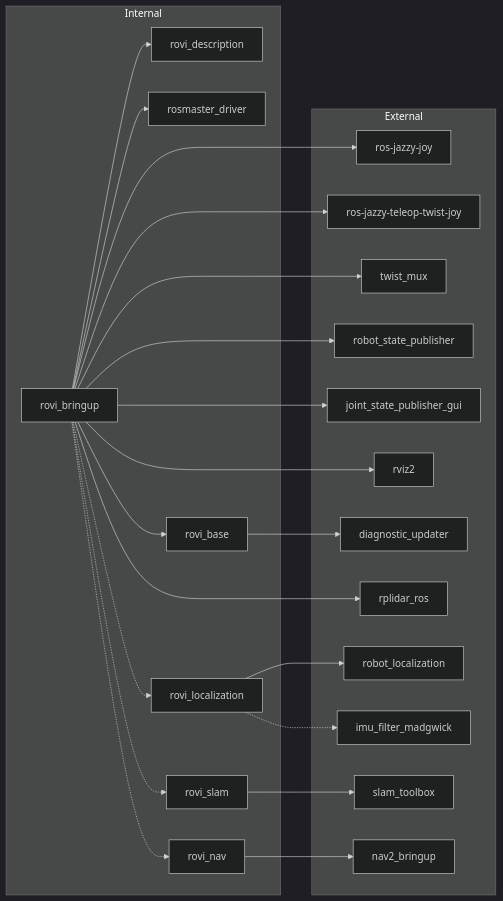
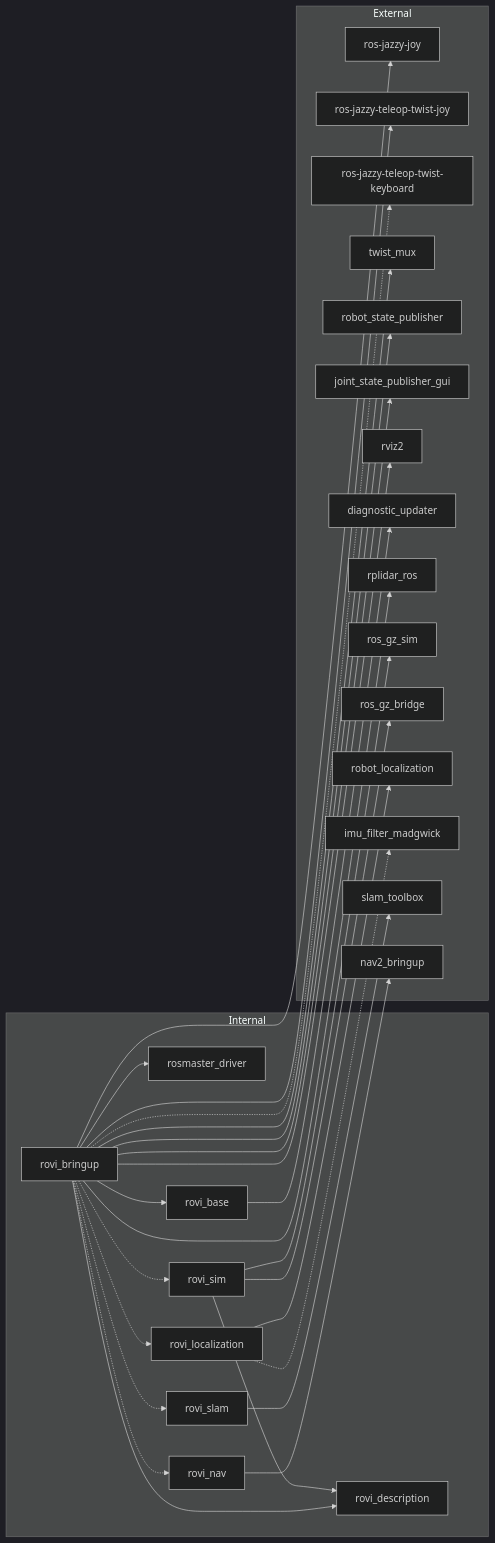
Before and after one commit to Roblibs/rovi_ros_ws: diagram 12 of 12 in README.md, drawn with Mermaid (dark theme). The commit also changed other lines of this file, not shown here.

Commit message:
planing sim robot unification

````diff
--- a/README.md
+++ b/README.md
@@ -503,48 +595,58 @@
 ```mermaid
 flowchart LR
   subgraph Internal
     RoviBringup[rovi_bringup]
+    RoviSim[rovi_sim]
     RoviDesc[rovi_description]
     Rosmaster[rosmaster_driver]
     RoviBase[rovi_base]
     RoviLoc[rovi_localization]
     RoviSlam[rovi_slam]
     RoviNav[rovi_nav]
   end
 
   subgraph External
     Joy[ros-jazzy-joy]
     Teleop[ros-jazzy-teleop-twist-joy]
+    TeleopKey[ros-jazzy-teleop-twist-keyboard]
     TwistMux[twist_mux]
     RSP[robot_state_publisher]
     JSPG[joint_state_publisher_gui]
     RVIZ[rviz2]
     Diag[diagnostic_updater]
     RPLidar[rplidar_ros]
+    RosGzSim[ros_gz_sim]
+    RosGzBridge[ros_gz_bridge]
     EKF[robot_localization]
     ImuFilter[imu_filter_madgwick]
     SlamToolbox[slam_toolbox]
     Nav2[nav2_bringup]
   end
 
   RoviBringup --> RoviDesc
   RoviBringup --> Rosmaster
   RoviBringup --> RoviBase
   RoviBringup -.-> RoviLoc
   RoviBringup -.-> RoviSlam
   RoviBringup -.-> RoviNav
+  RoviBringup -.-> RoviSim
   RoviBringup --> Joy
   RoviBringup --> Teleop
+  RoviBringup -.-> TeleopKey
   RoviBringup --> TwistMux
   RoviBringup --> RSP
   RoviBringup --> JSPG
   RoviBringup --> RVIZ
   RoviBringup --> RPLidar
 
   RoviBase --> Diag
 
   RoviLoc --> EKF
   RoviLoc -.-> ImuFilter
   RoviSlam --> SlamToolbox
   RoviNav --> Nav2
+
+  RoviSim --> RoviDesc
+  RoviSim --> RosGzSim
+  RoviSim --> RosGzBridge
 ```
````
